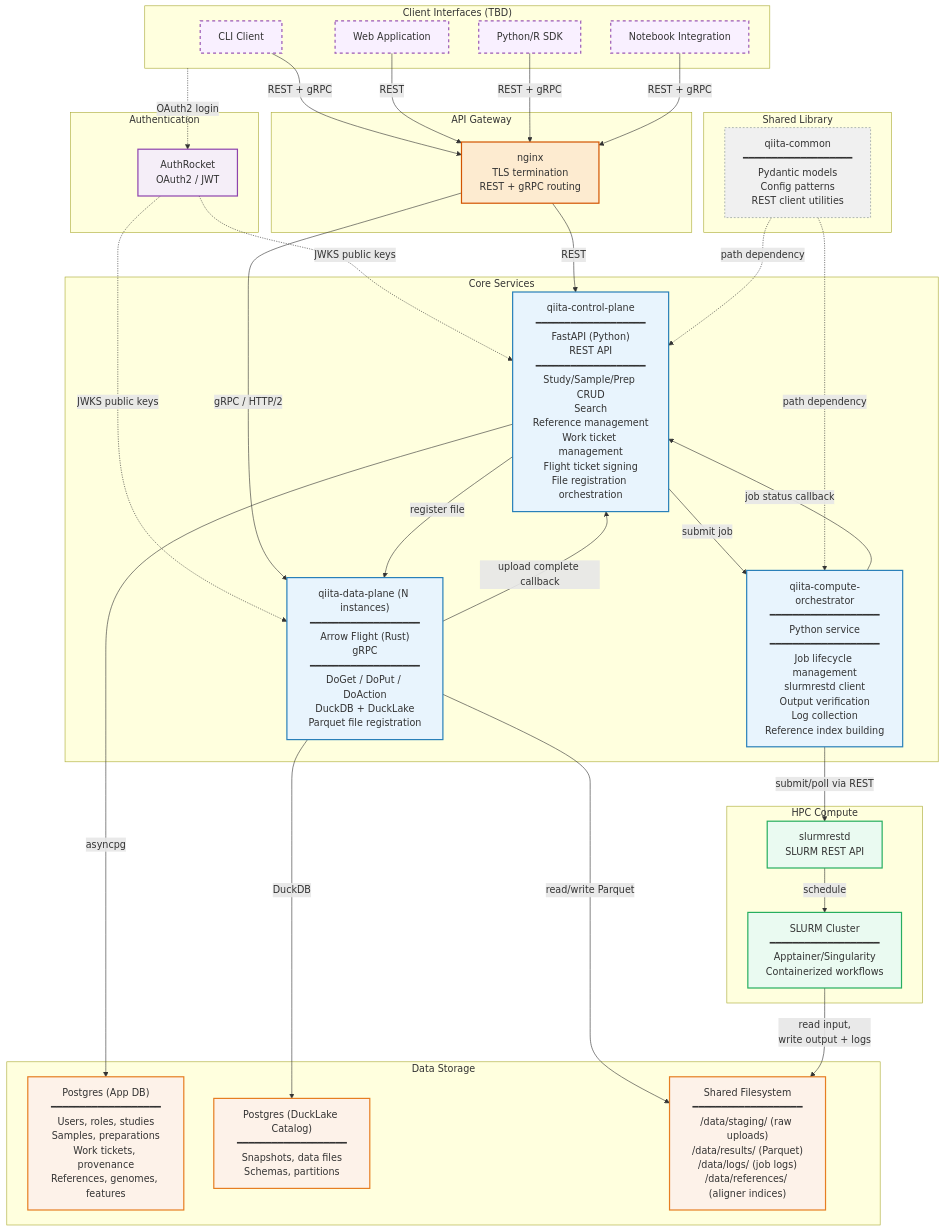
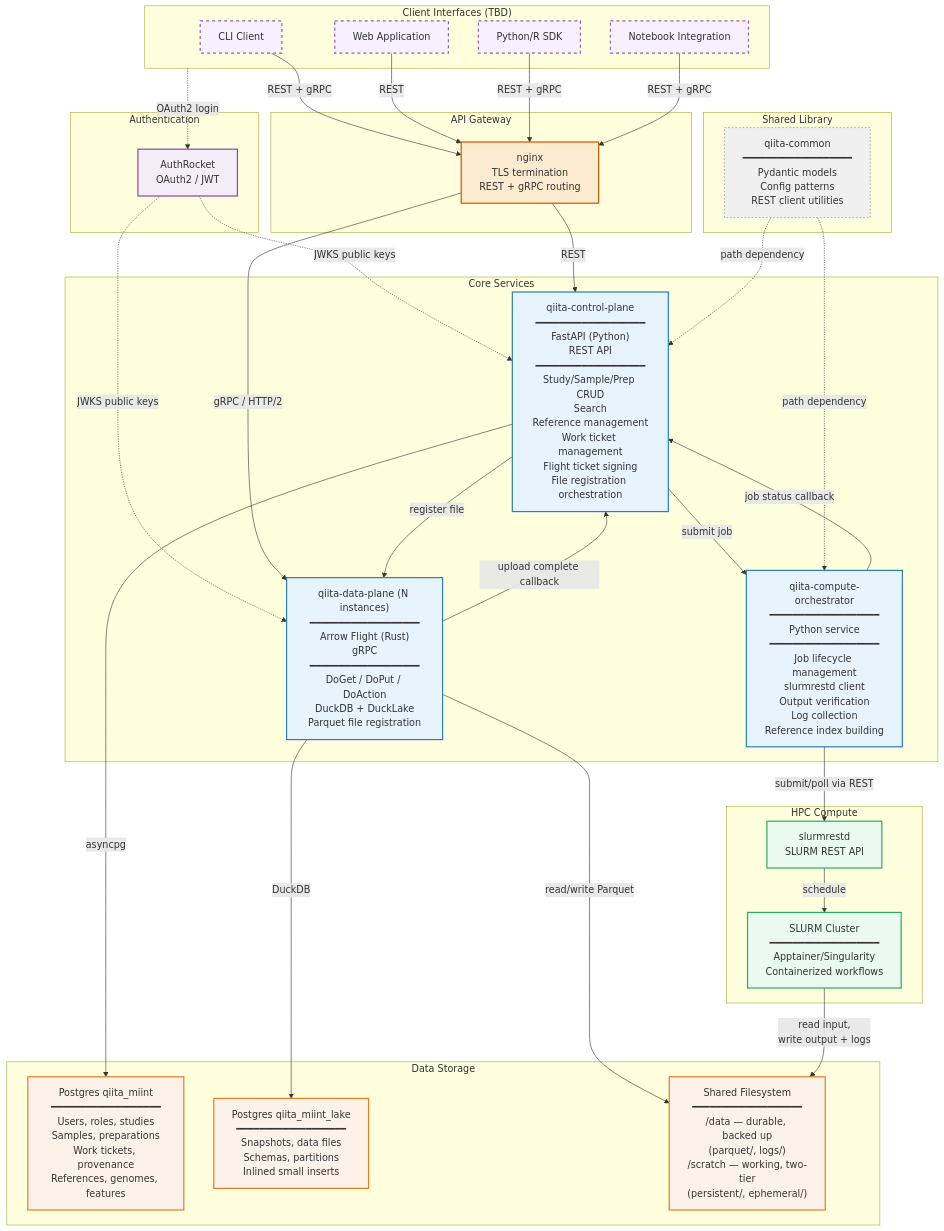
The first of 5 diagrams in docs/architecture.md (the-miint/Qiita), drawn with Mermaid before and after one commit. The commit also changed other lines of this file and 4 other files, not shown here.

```diff
--- a/docs/architecture.md
+++ b/docs/architecture.md
@@ -39,9 +39,9 @@
     end
 
     subgraph storage ["Data Storage"]
-        PG_APP["Postgres (App DB)<br/>━━━━━━━━━━━━━━━━━━━<br/>Users, roles, studies<br/>Samples, preparations<br/>Work tickets, provenance<br/>References, genomes, features"]
-        PG_DL["Postgres (DuckLake Catalog)<br/>━━━━━━━━━━━━━━━━━━━<br/>Snapshots, data files<br/>Schemas, partitions"]
-        FS["Shared Filesystem<br/>━━━━━━━━━━━━━━━━━━━<br/>/data/staging/ (raw uploads)<br/>/data/results/ (Parquet)<br/>/data/logs/ (job logs)<br/>/data/references/ (aligner indices)"]
+        PG_APP["Postgres qiita_miint<br/>━━━━━━━━━━━━━━━━━━━<br/>Users, roles, studies<br/>Samples, preparations<br/>Work tickets, provenance<br/>References, genomes, features"]
+        PG_DL["Postgres qiita_miint_lake<br/>━━━━━━━━━━━━━━━━━━━<br/>Snapshots, data files<br/>Schemas, partitions<br/>Inlined small inserts"]
+        FS["Shared Filesystem<br/>━━━━━━━━━━━━━━━━━━━<br/>/data — durable, backed up<br/>(parquet/, logs/)<br/>/scratch — working, two-tier<br/>(persistent/, ephemeral/)"]
     end
 
     %% Client connections
```
